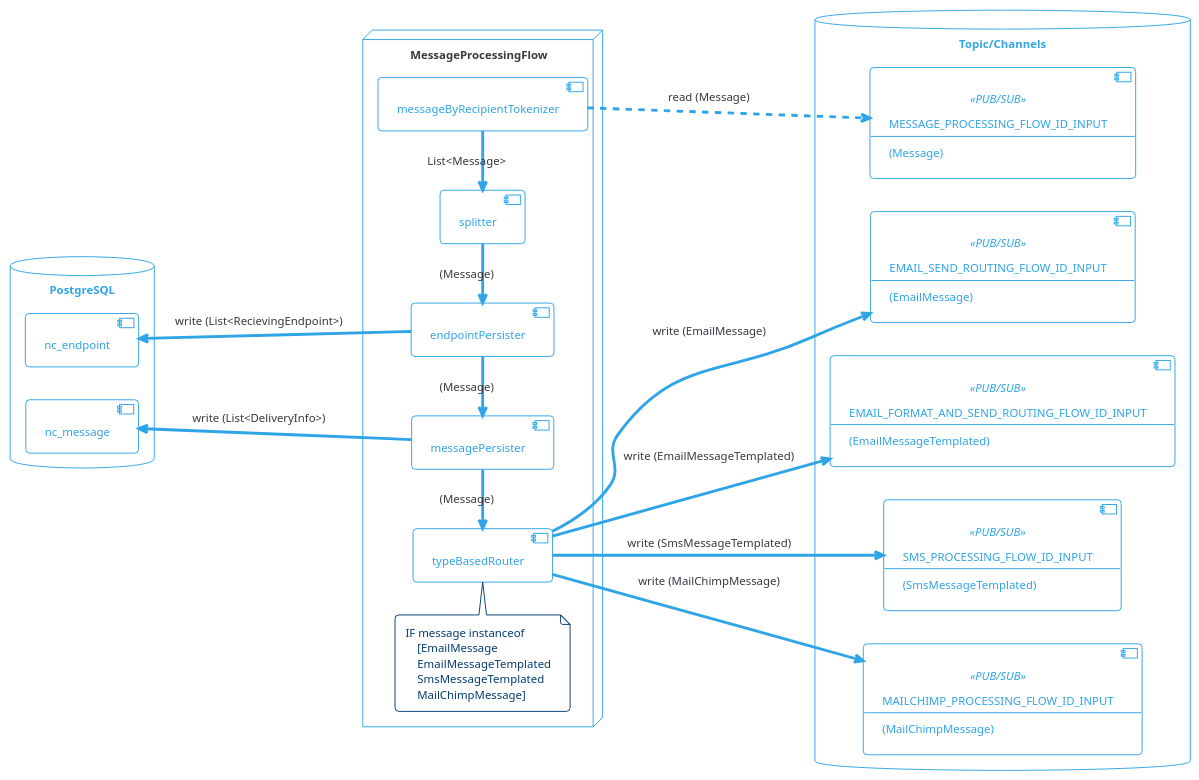
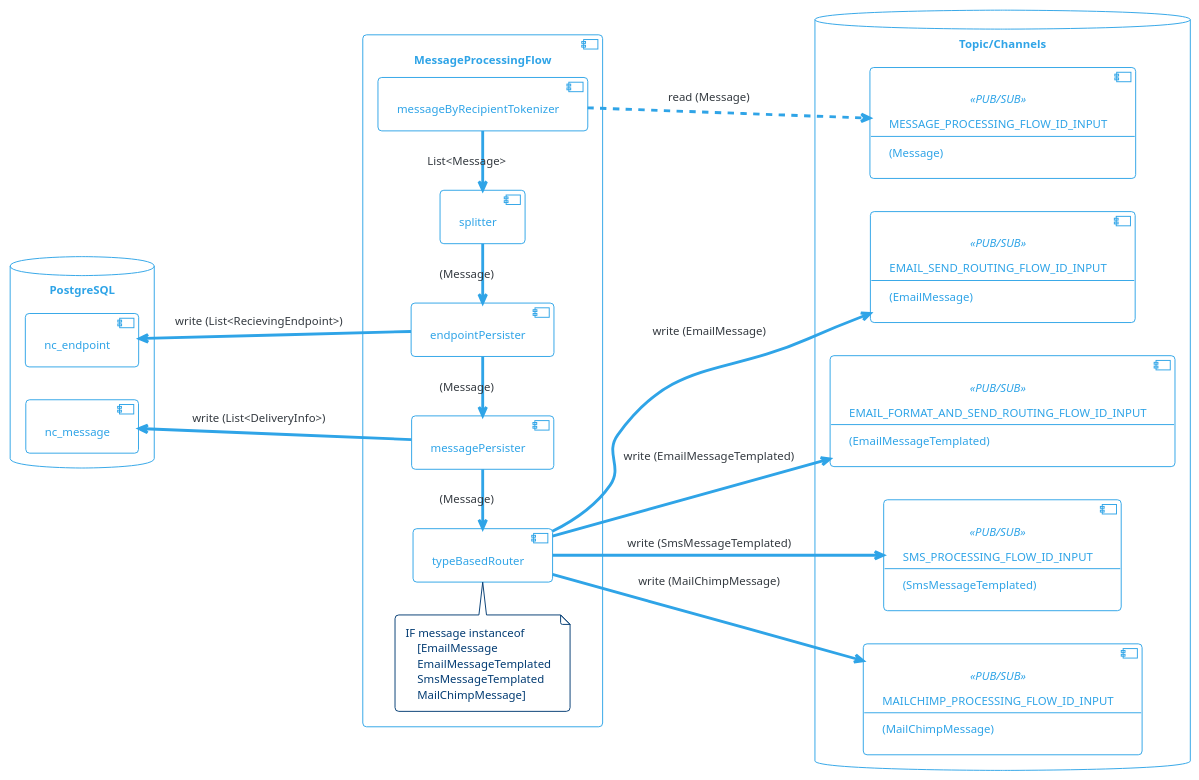
One commit to com-obj/notiflow changed the diagram in diagrams/message-processing-flow.puml. Above: the diagram before and after it, drawn with PlantUML. The commit also changed 5 other files, not shown here.

Commit message:
update diagrams

```diff
--- a/diagrams/message-processing-flow.puml
+++ b/diagrams/message-processing-flow.puml
@@ -1,80 +1,80 @@
 @startuml
 
 !theme cerulean-outline
 
 left to right direction
 
 skinparam component {
     backgroundColor<<user defined>> LightGray
 }
 
 database "PostgreSQL" {
     [nc_message]
     [nc_endpoint]
 }
 
 database "Topic/Channels" {
     component MESSAGE_PROCESSING_FLOW_ID_INPUT<<PUB/SUB>>[
         MESSAGE_PROCESSING_FLOW_ID_INPUT
         --
         (Message)
     ]
 
     component EMAIL_SEND_ROUTING_FLOW_ID_INPUT<<PUB/SUB>>[
         EMAIL_SEND_ROUTING_FLOW_ID_INPUT
         --
         (EmailMessage)   
     ]
 
     component EMAIL_FORMAT_AND_SEND_ROUTING_FLOW_ID_INPUT<<PUB/SUB>>[
         EMAIL_FORMAT_AND_SEND_ROUTING_FLOW_ID_INPUT
         --
         (EmailMessageTemplated)
     ]
 
     component SMS_PROCESSING_FLOW_ID_INPUT<<PUB/SUB>>[
         SMS_PROCESSING_FLOW_ID_INPUT
         --
         (SmsMessageTemplated)
     ]
 
     component MAILCHIMP_PROCESSING_FLOW_ID_INPUT<<PUB/SUB>>[
         MAILCHIMP_PROCESSING_FLOW_ID_INPUT
         --
         (MailChimpMessage)
     ]
 }
 
-node "MessageProcessingFlow" {
+component "MessageProcessingFlow" {
     [messageByRecipientTokenizer]
     [splitter]
     [endpointPersister]
     [messagePersister]
     [typeBasedRouter]
 
     note top of typeBasedRouter 
     IF message instanceof  
         [EmailMessage
         EmailMessageTemplated
         SmsMessageTemplated
         MailChimpMessage]
     end note  
 
     messageByRecipientTokenizer -l-> splitter : List<Message>
     splitter -l-> endpointPersister : (Message)
     endpointPersister -l-> messagePersister: (Message)
     messagePersister -l--> typeBasedRouter: (Message)
 
     messageByRecipientTokenizer ..> MESSAGE_PROCESSING_FLOW_ID_INPUT : read (Message) 
     typeBasedRouter --> EMAIL_SEND_ROUTING_FLOW_ID_INPUT: write (EmailMessage)
     typeBasedRouter --> EMAIL_FORMAT_AND_SEND_ROUTING_FLOW_ID_INPUT: write (EmailMessageTemplated)
     typeBasedRouter --> SMS_PROCESSING_FLOW_ID_INPUT: write (SmsMessageTemplated)
     typeBasedRouter --> MAILCHIMP_PROCESSING_FLOW_ID_INPUT: write (MailChimpMessage)
 
     messagePersister -u-> nc_message: write (List<DeliveryInfo>)
     endpointPersister -u-> nc_endpoint: write (List<RecievingEndpoint>)
 
 }
 
 
 @enduml
```
